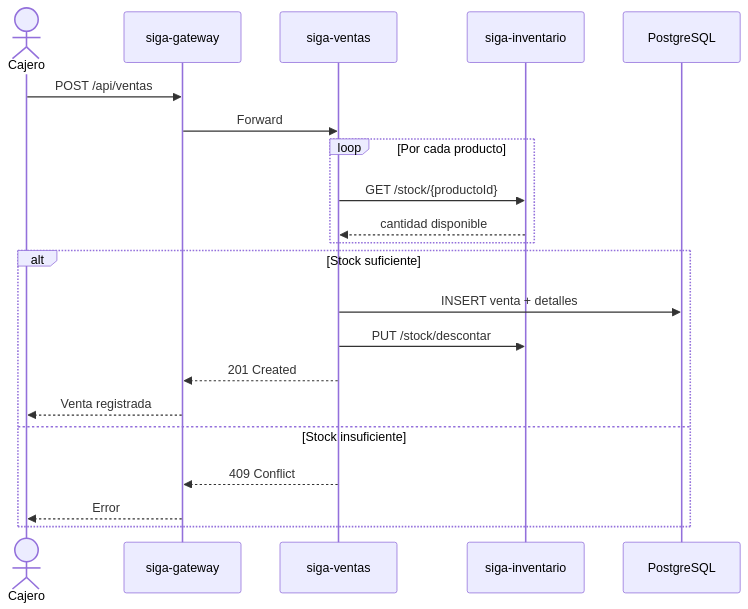
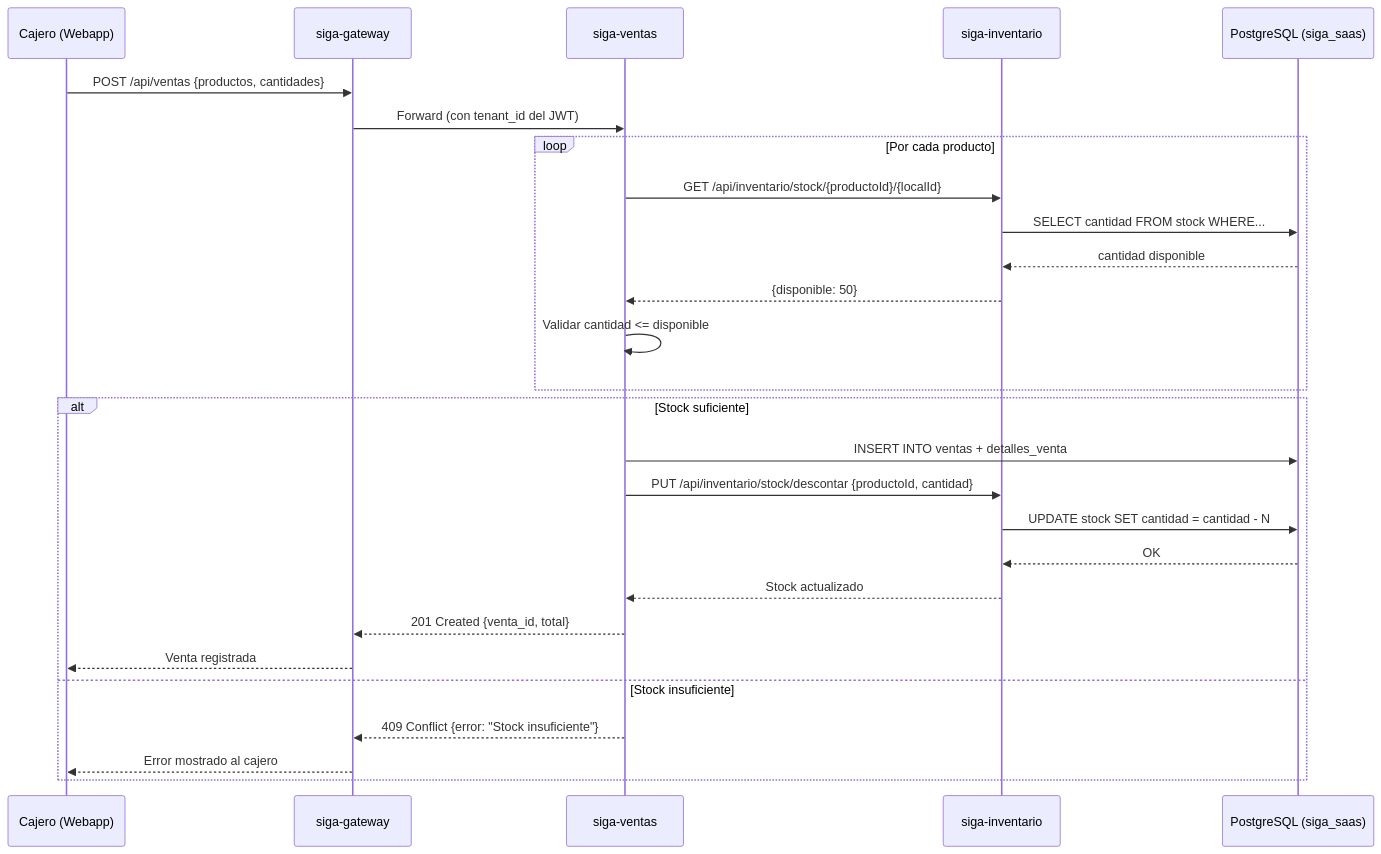
One commit to HecAguilaV/SIGA changed the third of 7 diagrams in openspec/changes/migracion-microservicios/architecture-diagrams.md. Above: the diagram before and after it, drawn with Mermaid. The commit also changed other lines of this file, not shown here.

Commit message:
docs: mejorar renderizado de diagramas Mermaid con ELK para líneas rectas

````diff
--- a/openspec/changes/migracion-microservicios/architecture-diagrams.md
+++ b/openspec/changes/migracion-microservicios/architecture-diagrams.md
@@ -134,26 +115,32 @@
 ```mermaid
 sequenceDiagram
-    actor C as Cajero
+    participant C as Cajero (Webapp)
     participant GW as siga-gateway
     participant VE as siga-ventas
     participant IN as siga-inventario
-    participant DB as PostgreSQL
+    participant DB as PostgreSQL (siga_saas)
 
-    C->>GW: POST /api/ventas
-    GW->>VE: Forward
+    C->>GW: POST /api/ventas {productos, cantidades}
+    GW->>VE: Forward (con tenant_id del JWT)
 
     loop Por cada producto
-        VE->>IN: GET /stock/{productoId}
-        IN-->>VE: cantidad disponible
+        VE->>IN: GET /api/inventario/stock/{productoId}/{localId}
+        IN->>DB: SELECT cantidad FROM stock WHERE...
+        DB-->>IN: cantidad disponible
+        IN-->>VE: {disponible: 50}
+        VE->>VE: Validar cantidad <= disponible
     end
 
     alt Stock suficiente
-        VE->>DB: INSERT venta + detalles
-        VE->>IN: PUT /stock/descontar
-        VE-->>GW: 201 Created
+        VE->>DB: INSERT INTO ventas + detalles_venta
+        VE->>IN: PUT /api/inventario/stock/descontar {productoId, cantidad}
+        IN->>DB: UPDATE stock SET cantidad = cantidad - N
+        DB-->>IN: OK
+        IN-->>VE: Stock actualizado
+        VE-->>GW: 201 Created {venta_id, total}
         GW-->>C: Venta registrada
     else Stock insuficiente
-        VE-->>GW: 409 Conflict
-        GW-->>C: Error
+        VE-->>GW: 409 Conflict {error: "Stock insuficiente"}
+        GW-->>C: Error mostrado al cajero
     end
 ```
````
